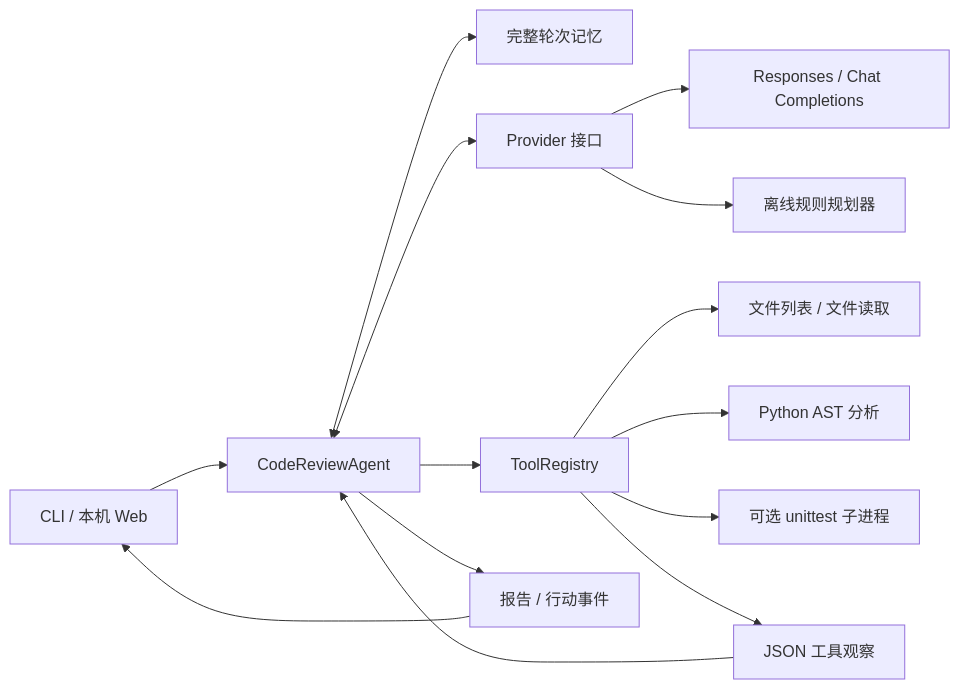
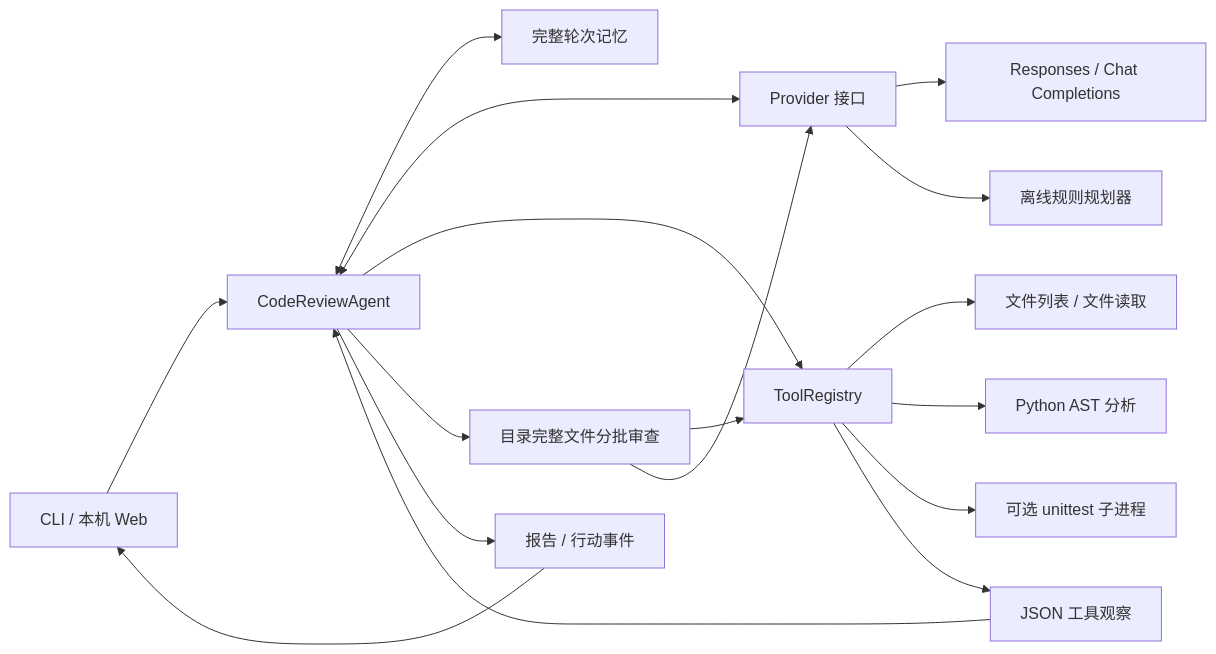
One commit to dankingzzzing/Code-Agent changed the diagram in DESIGN.md. Above: the diagram before and after it, drawn with Mermaid. The commit also changed other lines of this file and 26 other files, not shown here.

````diff
--- a/DESIGN.md
+++ b/DESIGN.md
@@ -13,16 +13,19 @@
 ```mermaid
 flowchart LR
     U[CLI / 本机 Web] --> A[CodeReviewAgent]
     A <--> M[完整轮次记忆]
     A <--> P[Provider 接口]
     P --> L[Responses / Chat Completions]
     P --> D[离线规则规划器]
     A --> T[ToolRegistry]
+    A --> J[目录完整文件分批审查]
+    J --> T
+    J --> P
     T --> F[文件列表 / 文件读取]
     T --> S[Python AST 分析]
     T --> R[可选 unittest 子进程]
     T --> O[JSON 工具观察]
     O --> A
     A --> V[报告 / 行动事件]
     V --> U
 ```
````
